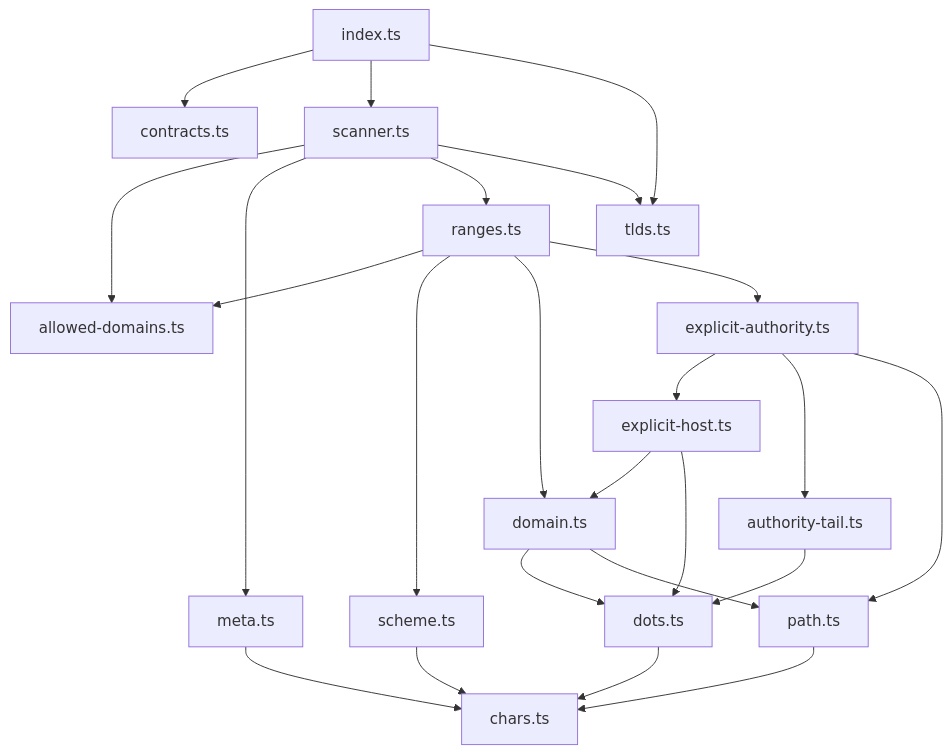
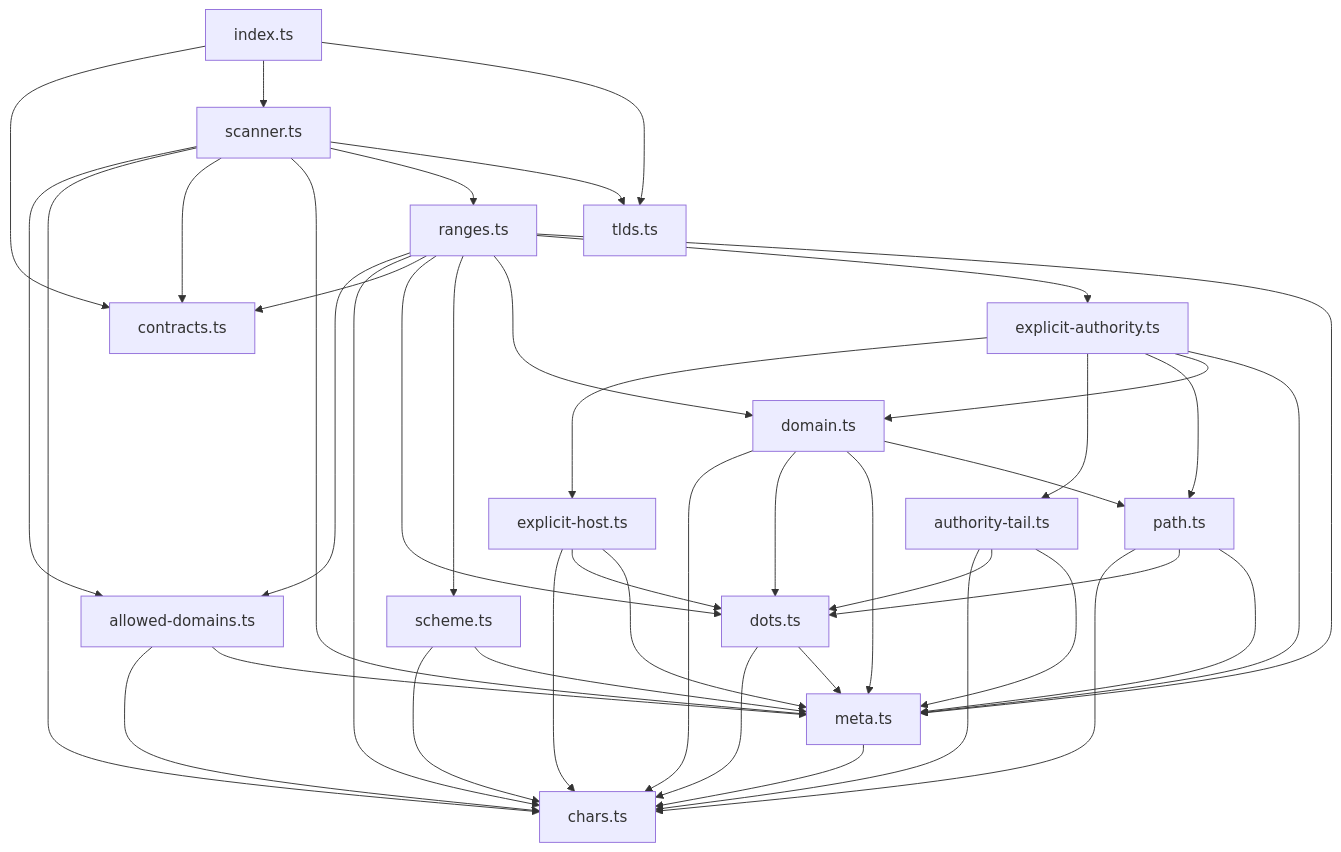
The second of 2 diagrams in packages/url/docs/architecture.md (textfilters/textfilters), drawn with Mermaid before and after one commit. The commit also changed other lines of this file and 15 other files, not shown here.

````diff
--- a/packages/url/docs/architecture.md
+++ b/packages/url/docs/architecture.md
@@ -50,26 +50,45 @@
 ```mermaid
 graph TD
   index["index.ts"] --> contracts["contracts.ts"]
   index --> scanner["scanner.ts"]
   index --> tlds["tlds.ts"]
   scanner --> allowed["allowed-domains.ts"]
+  scanner --> chars["chars.ts"]
+  scanner --> contracts
   scanner --> meta["meta.ts"]
   scanner --> ranges["ranges.ts"]
   scanner --> tlds
   ranges --> allowed
+  ranges --> chars
+  ranges --> contracts
+  ranges --> dots["dots.ts"]
   ranges --> scheme["scheme.ts"]
   ranges --> domain["domain.ts"]
   ranges --> explicit["explicit-authority.ts"]
+  ranges --> meta
+  allowed --> chars
+  allowed --> meta
   explicit --> host["explicit-host.ts"]
   explicit --> tail["authority-tail.ts"]
   explicit --> path["path.ts"]
-  host --> domain
-  host --> dots["dots.ts"]
+  explicit --> domain
+  explicit --> meta
+  host --> chars
+  host --> dots
+  host --> meta
+  tail --> chars
   tail --> dots
-  domain --> dots["dots.ts"]
+  tail --> meta
+  domain --> chars
+  domain --> dots
+  domain --> meta
   domain --> path
-  scheme --> chars["chars.ts"]
+  scheme --> chars
+  scheme --> meta
   dots --> chars
+  dots --> meta
   meta --> chars
   path --> chars
+  path --> dots
+  path --> meta
 ```
````
